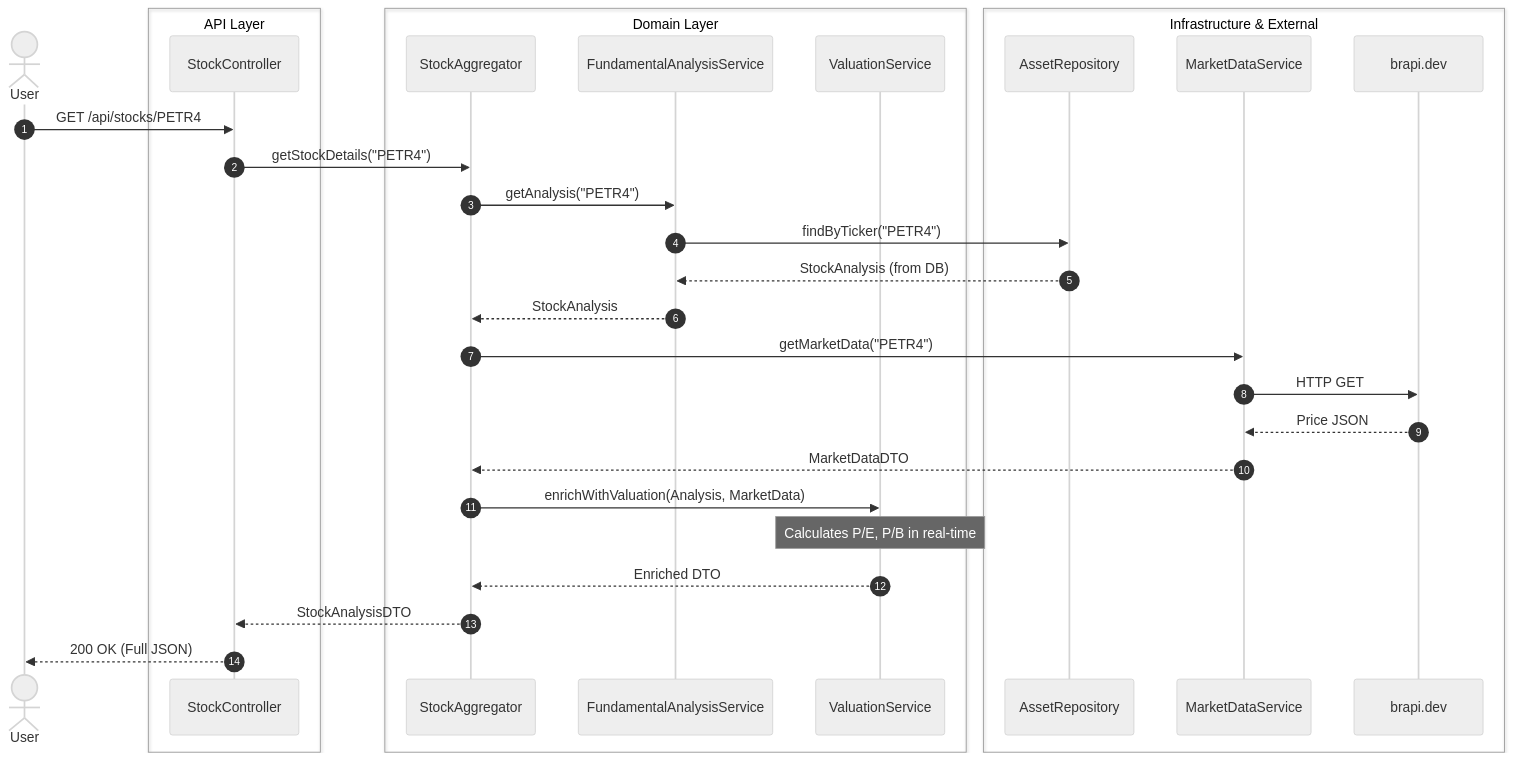
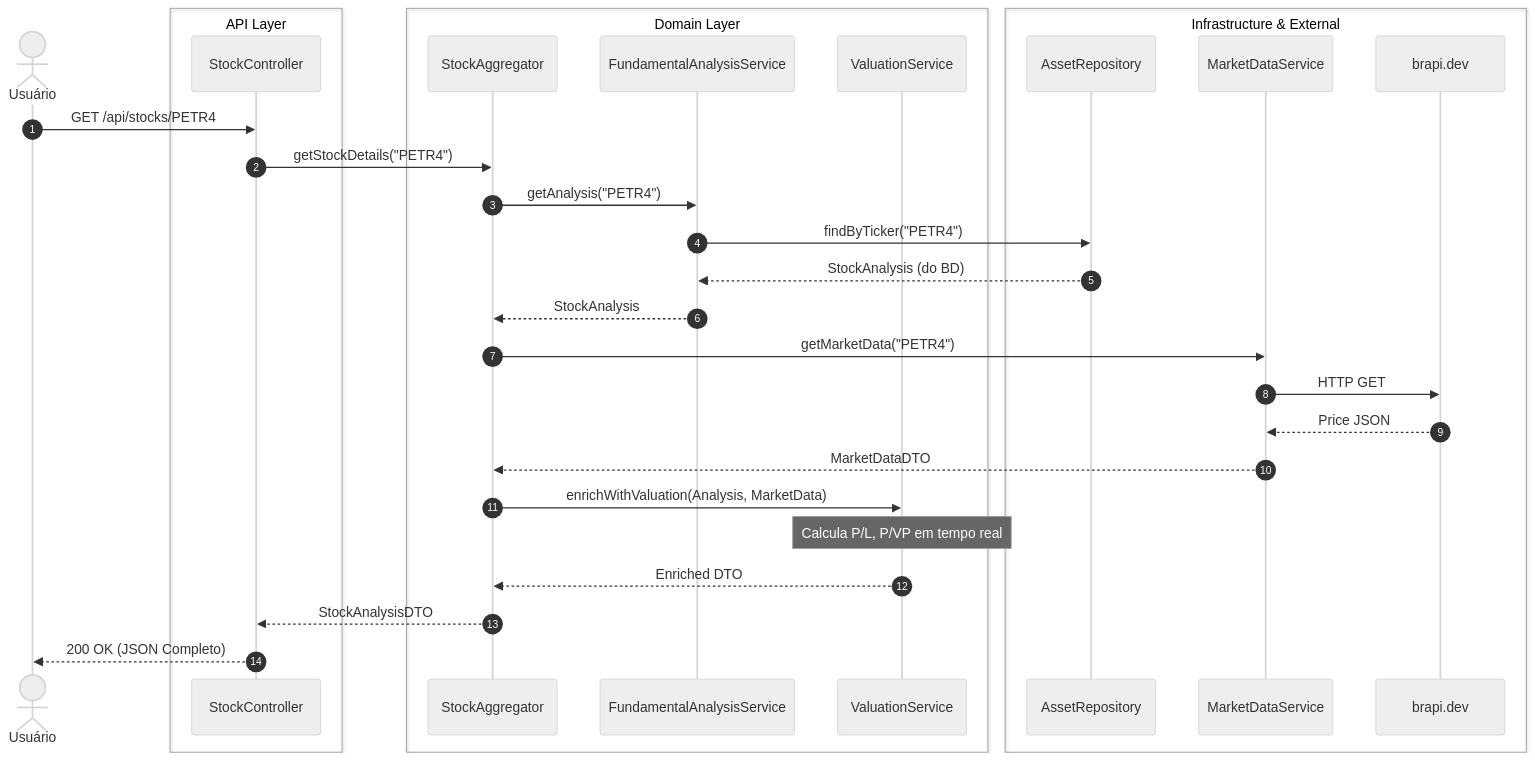
Before and after one commit to RaphaelFeijoSalles/acoes-ja-showcase: the first of 2 diagrams in README.md, drawn with Mermaid (neutral theme). The commit also changed other lines of this file and 1 other file, not shown here.

````diff
--- a/README.md
+++ b/README.md
@@ -98,34 +98,34 @@
 ```mermaid
 sequenceDiagram
     autonumber
-    actor User as User
+    actor User as Usuário
     box API Layer
         participant Controller as StockController
     end
     box Domain Layer
         participant Aggregator as StockAggregator
         participant FundAnalysis as FundamentalAnalysisService
         participant ValService as ValuationService
     end
     box Infrastructure & External
         participant Repo as AssetRepository
         participant Market as MarketDataService
         participant Brapi as brapi.dev
     end
 
     User->>Controller: GET /api/stocks/PETR4
     Controller->>Aggregator: getStockDetails("PETR4")
     Aggregator->>FundAnalysis: getAnalysis("PETR4")
     FundAnalysis->>Repo: findByTicker("PETR4")
-    Repo-->>FundAnalysis: StockAnalysis (from DB)
+    Repo-->>FundAnalysis: StockAnalysis (do BD)
     FundAnalysis-->>Aggregator: StockAnalysis
     Aggregator->>Market: getMarketData("PETR4")
     Market->>Brapi: HTTP GET
     Brapi-->>Market: Price JSON
     Market-->>Aggregator: MarketDataDTO
     Aggregator->>ValService: enrichWithValuation(Analysis, MarketData)
-    Note over ValService: Calculates P/E, P/B in real-time
+    Note over ValService: Calcula P/L, P/VP em tempo real
     ValService-->>Aggregator: Enriched DTO
     Aggregator-->>Controller: StockAnalysisDTO
-    Controller-->>User: 200 OK (Full JSON)
+    Controller-->>User: 200 OK (JSON Completo)
 ```
````
